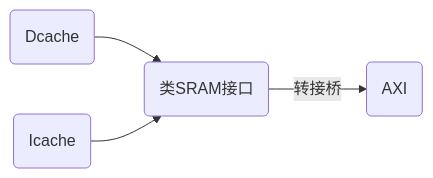
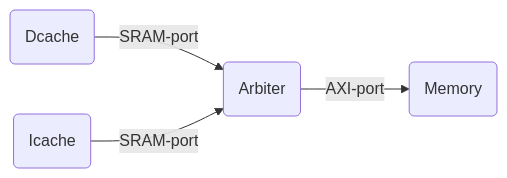
The second of 8 diagrams in docs/notes/Cache/AXI_notes.md (XhyDds/creep), drawn with Mermaid before and after one commit. The commit also changed other lines of this file and 4 other files, not shown here.

Commit message:
add axi-arbiter

````diff
--- a/docs/notes/Cache/AXI_notes.md
+++ b/docs/notes/Cache/AXI_notes.md
@@ -2,11 +26,11 @@
 ```mermaid
 graph LR
 A(Dcache)
 B(Icache)
-C(类SRAM接口)
-D(AXI)
+C(Arbiter)
+D(Memory)
 
-A-->C
-B-->C
-C-->|转接桥|D
+A-->|SRAM-port|C
+B-->|SRAM-port|C
+C-->|AXI-port|D
 ```
````
